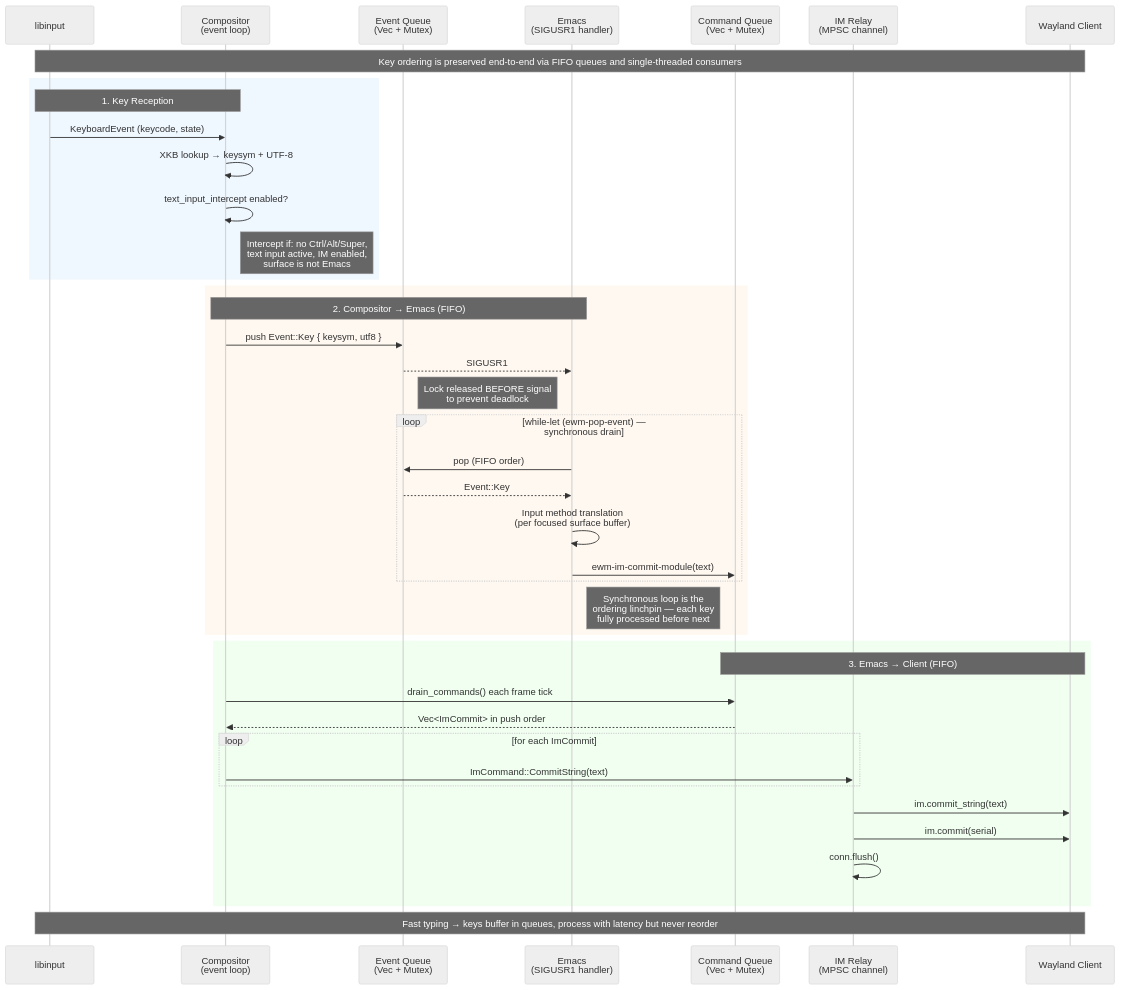
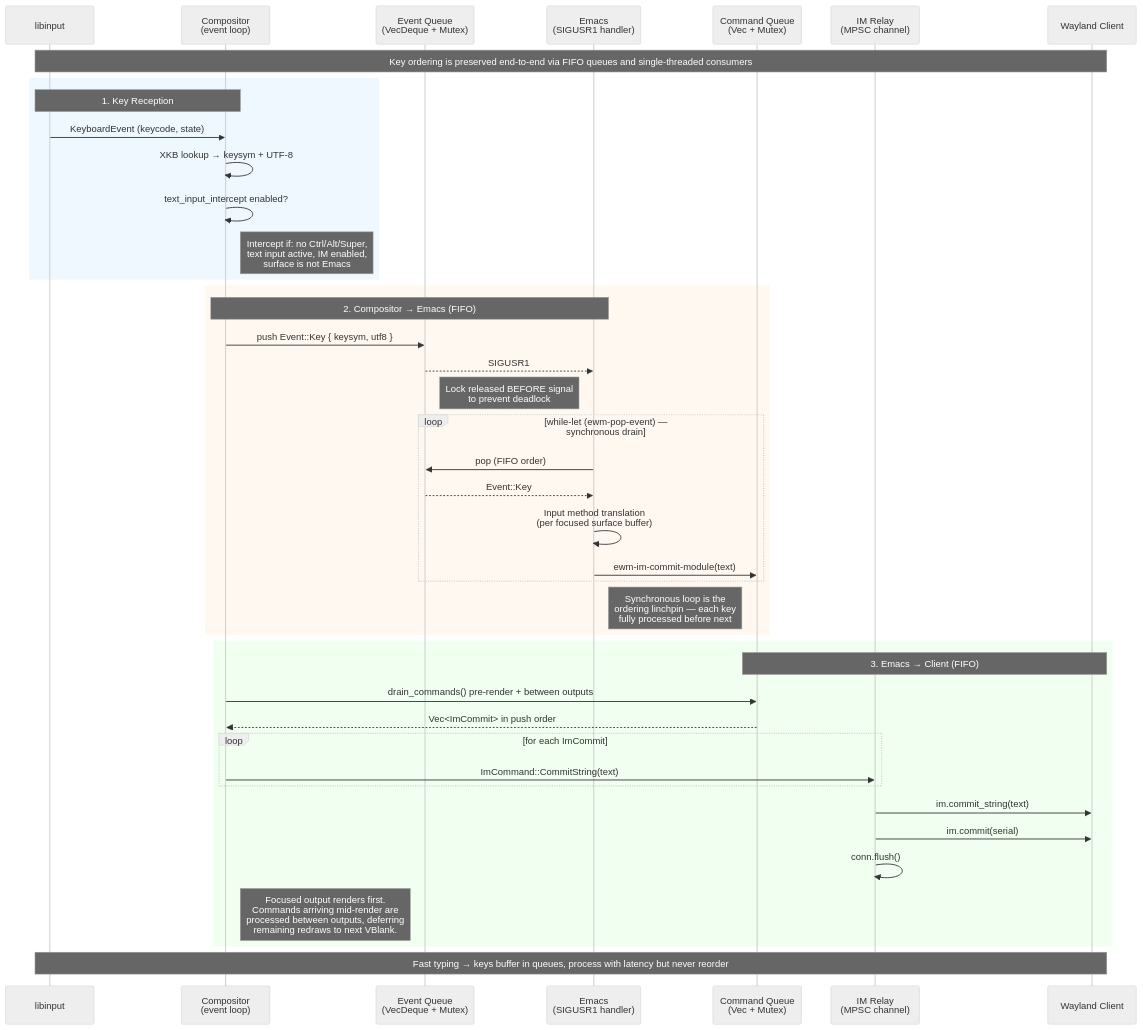
The diagram in docs/diagrams/input-methods.mmd (ezemtsov/ewm), drawn with Mermaid (neutral theme) before and after one commit. The commit also changed 3 other files, not shown here.

```diff
--- a/docs/diagrams/input-methods.mmd
+++ b/docs/diagrams/input-methods.mmd
@@ -1,47 +1,48 @@
 sequenceDiagram
     participant LI as libinput
     participant C as Compositor<br/>(event loop)
-    participant EQ as Event Queue<br/>(Vec + Mutex)
+    participant EQ as Event Queue<br/>(VecDeque + Mutex)
     participant E as Emacs<br/>(SIGUSR1 handler)
     participant CQ as Command Queue<br/>(Vec + Mutex)
     participant IR as IM Relay<br/>(MPSC channel)
     participant App as Wayland Client
 
     Note over LI,App: Key ordering is preserved end-to-end via FIFO queues and single-threaded consumers
 
     rect rgb(240, 248, 255)
         Note over LI,C: 1. Key Reception
         LI->>C: KeyboardEvent (keycode, state)
         C->>C: XKB lookup → keysym + UTF-8
         C->>C: text_input_intercept enabled?
         Note right of C: Intercept if: no Ctrl/Alt/Super,<br/>text input active, IM enabled,<br/>surface is not Emacs
     end
 
     rect rgb(255, 248, 240)
         Note over C,E: 2. Compositor → Emacs (FIFO)
         C->>EQ: push Event::Key { keysym, utf8 }
         EQ-->>E: SIGUSR1
         Note right of EQ: Lock released BEFORE signal<br/>to prevent deadlock
 
         loop while-let (ewm-pop-event) — synchronous drain
             E->>EQ: pop (FIFO order)
             EQ-->>E: Event::Key
             E->>E: Input method translation<br/>(per focused surface buffer)
             E->>CQ: ewm-im-commit-module(text)
         end
         Note right of E: Synchronous loop is the<br/>ordering linchpin — each key<br/>fully processed before next
     end
 
     rect rgb(240, 255, 240)
         Note over CQ,App: 3. Emacs → Client (FIFO)
-        C->>CQ: drain_commands() each frame tick
+        C->>CQ: drain_commands() pre-render + between outputs
         CQ-->>C: Vec<ImCommit> in push order
         loop for each ImCommit
             C->>IR: ImCommand::CommitString(text)
         end
         IR->>App: im.commit_string(text)
         IR->>App: im.commit(serial)
         IR->>IR: conn.flush()
+        Note right of C: Focused output renders first.<br/>Commands arriving mid-render are<br/>processed between outputs, deferring<br/>remaining redraws to next VBlank.
     end
 
     Note over LI,App: Fast typing → keys buffer in queues, process with latency but never reorder
```
